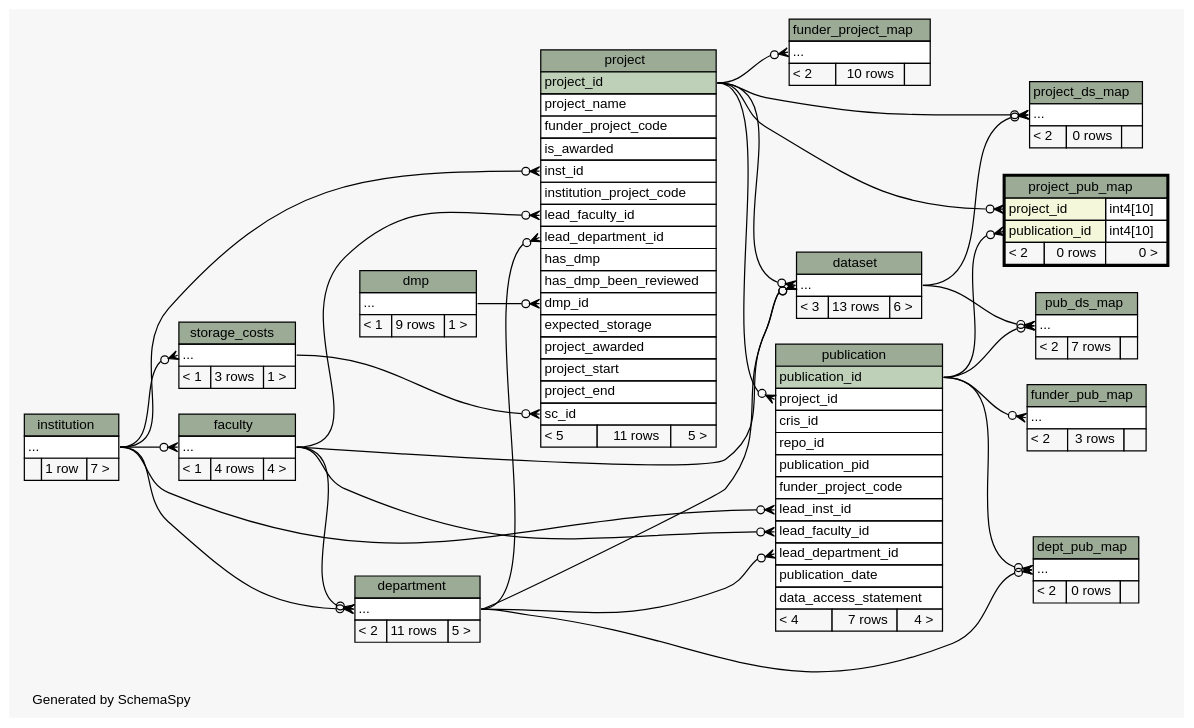
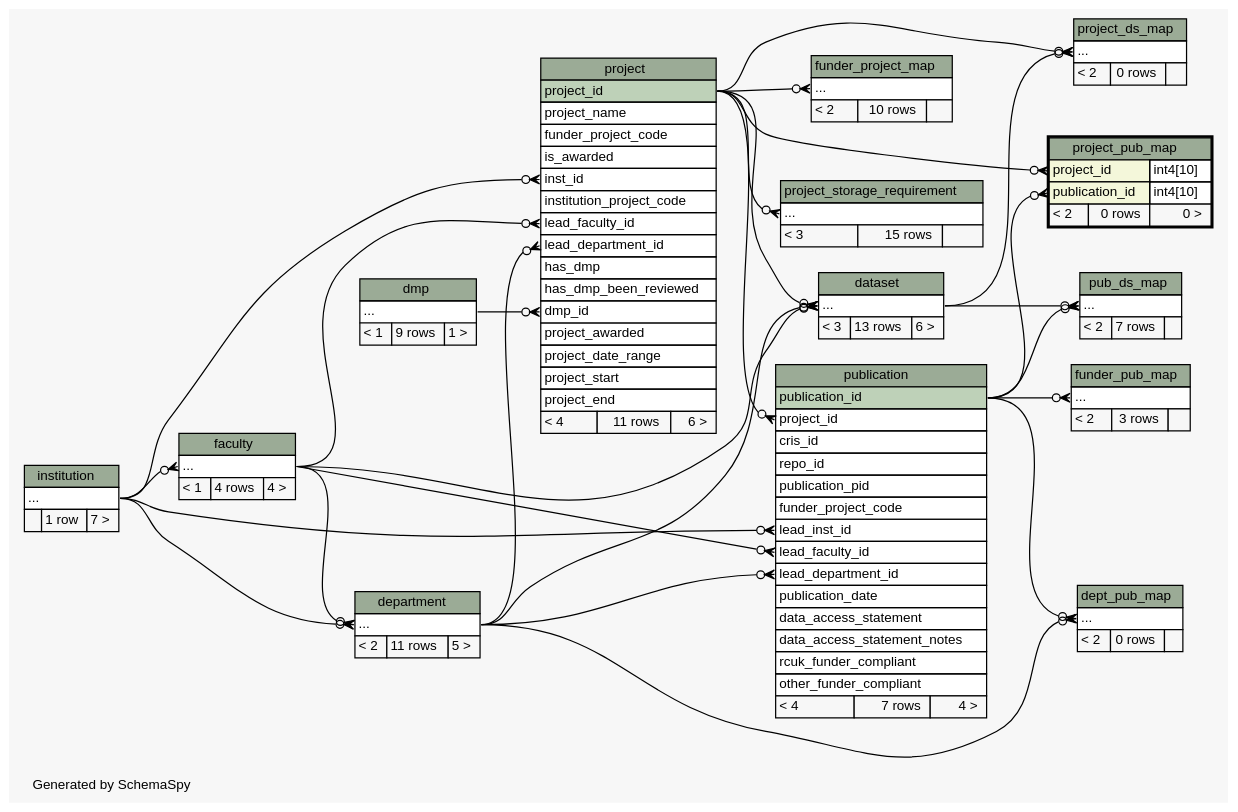
Before and after one commit to lulibrary/dmao_infrastructure: the diagram in ss.out/diagrams/project_pub_map.2degrees.dot, drawn with Graphviz. The commit also changed 121 other files, not shown here.

First line of the commit message:
dmao_infrastructure-3 Changes to support multiple storage platforms per project and costing changes over time. Now looking at the API interface to all this. Work in progress.

```diff
--- a/ss.out/diagrams/project_pub_map.2degrees.dot
+++ b/ss.out/diagrams/project_pub_map.2degrees.dot
@@ -1,4 +1,4 @@
-// dot 2.36.0 on Linux 3.13.0-55-generic
+// dot 2.36.0 on Linux 3.13.0-62-generic
 // SchemaSpy rev 590
 digraph "twoDegreesRelationshipsDiagram" {
   graph [
@@ -33,18 +33,17 @@
   "project":"inst_id":w -> "institution":"elipses":e [arrowhead=none dir=back arrowtail=crowodot];
   "project":"lead_department_id":w -> "department":"elipses":e [arrowhead=none dir=back arrowtail=crowodot];
   "project":"lead_faculty_id":w -> "faculty":"elipses":e [arrowhead=none dir=back arrowtail=crowodot];
-  "project":"sc_id":w -> "storage_costs":"elipses":e [arrowhead=none dir=back arrowtail=crowodot];
   "project_ds_map":"elipses":w -> "dataset":"elipses":e [arrowhead=none dir=back arrowtail=crowodot];
   "project_ds_map":"elipses":w -> "project":"project_id":e [arrowhead=none dir=back arrowtail=crowodot];
   "project_pub_map":"project_id":w -> "project":"project_id":e [arrowhead=none dir=back arrowtail=crowodot];
   "project_pub_map":"publication_id":w -> "publication":"publication_id":e [arrowhead=none dir=back arrowtail=crowodot];
+  "project_storage_requirement":"elipses":w -> "project":"project_id":e [arrowhead=none dir=back arrowtail=crowodot];
   "pub_ds_map":"elipses":w -> "dataset":"elipses":e [arrowhead=none dir=back arrowtail=crowodot];
   "pub_ds_map":"elipses":w -> "publication":"publication_id":e [arrowhead=none dir=back arrowtail=crowodot];
   "publication":"lead_department_id":w -> "department":"elipses":e [arrowhead=none dir=back arrowtail=crowodot];
   "publication":"lead_faculty_id":w -> "faculty":"elipses":e [arrowhead=none dir=back arrowtail=crowodot];
   "publication":"lead_inst_id":w -> "institution":"elipses":e [arrowhead=none dir=back arrowtail=crowodot];
   "publication":"project_id":w -> "project":"project_id":e [arrowhead=none dir=back arrowtail=crowodot];
-  "storage_costs":"elipses":w -> "institution":"elipses":e [arrowhead=none dir=back arrowtail=crowodot];
   "dataset" [
     label=<
     <TABLE BORDER="0" CELLBORDER="1" CELLSPACING="0" BGCOLOR="#ffffff">
@@ -140,12 +139,11 @@
       <TR><TD PORT="has_dmp" COLSPAN="3" ALIGN="LEFT">has_dmp</TD></TR>
       <TR><TD PORT="has_dmp_been_reviewed" COLSPAN="3" ALIGN="LEFT">has_dmp_been_reviewed</TD></TR>
       <TR><TD PORT="dmp_id" COLSPAN="3" ALIGN="LEFT">dmp_id</TD></TR>
-      <TR><TD PORT="expected_storage" COLSPAN="3" ALIGN="LEFT">expected_storage</TD></TR>
       <TR><TD PORT="project_awarded" COLSPAN="3" ALIGN="LEFT">project_awarded</TD></TR>
+      <TR><TD PORT="project_date_range" COLSPAN="3" ALIGN="LEFT">project_date_range</TD></TR>
       <TR><TD PORT="project_start" COLSPAN="3" ALIGN="LEFT">project_start</TD></TR>
       <TR><TD PORT="project_end" COLSPAN="3" ALIGN="LEFT">project_end</TD></TR>
-      <TR><TD PORT="sc_id" COLSPAN="3" ALIGN="LEFT">sc_id</TD></TR>
-      <TR><TD ALIGN="LEFT" BGCOLOR="#f7f7f7">&lt; 5</TD><TD ALIGN="RIGHT" BGCOLOR="#f7f7f7">11 rows</TD><TD ALIGN="RIGHT" BGCOLOR="#f7f7f7">5 &gt;</TD></TR>
+      <TR><TD ALIGN="LEFT" BGCOLOR="#f7f7f7">&lt; 4</TD><TD ALIGN="RIGHT" BGCOLOR="#f7f7f7">11 rows</TD><TD ALIGN="RIGHT" BGCOLOR="#f7f7f7">6 &gt;</TD></TR>
     </TABLE>>
     URL="project.html"
     tooltip="project"
@@ -170,6 +168,16 @@
     </TABLE>>
     URL="project_pub_map.html"
     tooltip="project_pub_map"
+  ];
+  "project_storage_requirement" [
+    label=<
+    <TABLE BORDER="0" CELLBORDER="1" CELLSPACING="0" BGCOLOR="#ffffff">
+      <TR><TD COLSPAN="3" BGCOLOR="#9bab96" ALIGN="CENTER">project_storage_requirement</TD></TR>
+      <TR><TD PORT="elipses" COLSPAN="3" ALIGN="LEFT">...</TD></TR>
+      <TR><TD ALIGN="LEFT" BGCOLOR="#f7f7f7">&lt; 3</TD><TD ALIGN="RIGHT" BGCOLOR="#f7f7f7">15 rows</TD><TD ALIGN="RIGHT" BGCOLOR="#f7f7f7">  </TD></TR>
+    </TABLE>>
+    URL="project_storage_requirement.html"
+    tooltip="project_storage_requirement"
   ];
   "pub_ds_map" [
     label=<
@@ -196,19 +204,12 @@
       <TR><TD PORT="lead_department_id" COLSPAN="3" ALIGN="LEFT">lead_department_id</TD></TR>
       <TR><TD PORT="publication_date" COLSPAN="3" ALIGN="LEFT">publication_date</TD></TR>
       <TR><TD PORT="data_access_statement" COLSPAN="3" ALIGN="LEFT">data_access_statement</TD></TR>
+      <TR><TD PORT="data_access_statement_notes" COLSPAN="3" ALIGN="LEFT">data_access_statement_notes</TD></TR>
+      <TR><TD PORT="rcuk_funder_compliant" COLSPAN="3" ALIGN="LEFT">rcuk_funder_compliant</TD></TR>
+      <TR><TD PORT="other_funder_compliant" COLSPAN="3" ALIGN="LEFT">other_funder_compliant</TD></TR>
       <TR><TD ALIGN="LEFT" BGCOLOR="#f7f7f7">&lt; 4</TD><TD ALIGN="RIGHT" BGCOLOR="#f7f7f7">7 rows</TD><TD ALIGN="RIGHT" BGCOLOR="#f7f7f7">4 &gt;</TD></TR>
     </TABLE>>
     URL="publication.html"
     tooltip="publication"
   ];
-  "storage_costs" [
-    label=<
-    <TABLE BORDER="0" CELLBORDER="1" CELLSPACING="0" BGCOLOR="#ffffff">
-      <TR><TD COLSPAN="3" BGCOLOR="#9bab96" ALIGN="CENTER">storage_costs</TD></TR>
-      <TR><TD PORT="elipses" COLSPAN="3" ALIGN="LEFT">...</TD></TR>
-      <TR><TD ALIGN="LEFT" BGCOLOR="#f7f7f7">&lt; 1</TD><TD ALIGN="RIGHT" BGCOLOR="#f7f7f7">3 rows</TD><TD ALIGN="RIGHT" BGCOLOR="#f7f7f7">1 &gt;</TD></TR>
-    </TABLE>>
-    URL="storage_costs.html"
-    tooltip="storage_costs"
-  ];
 }
```
